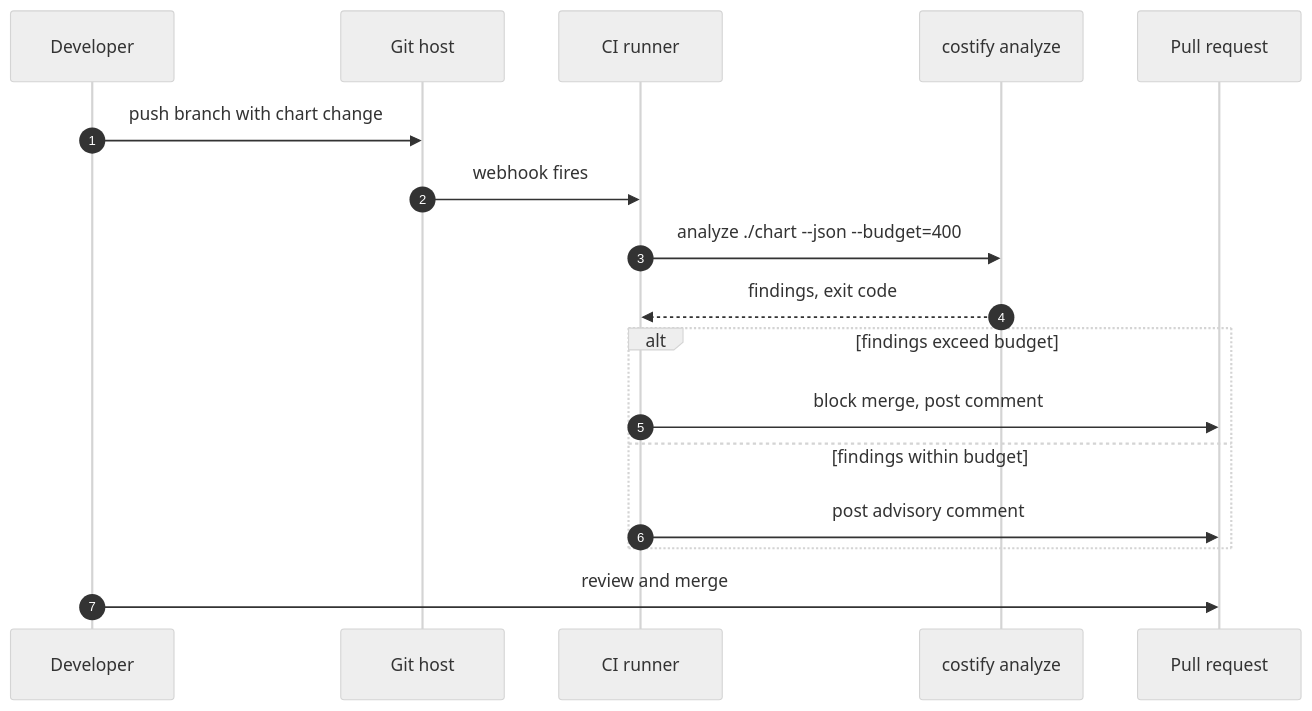
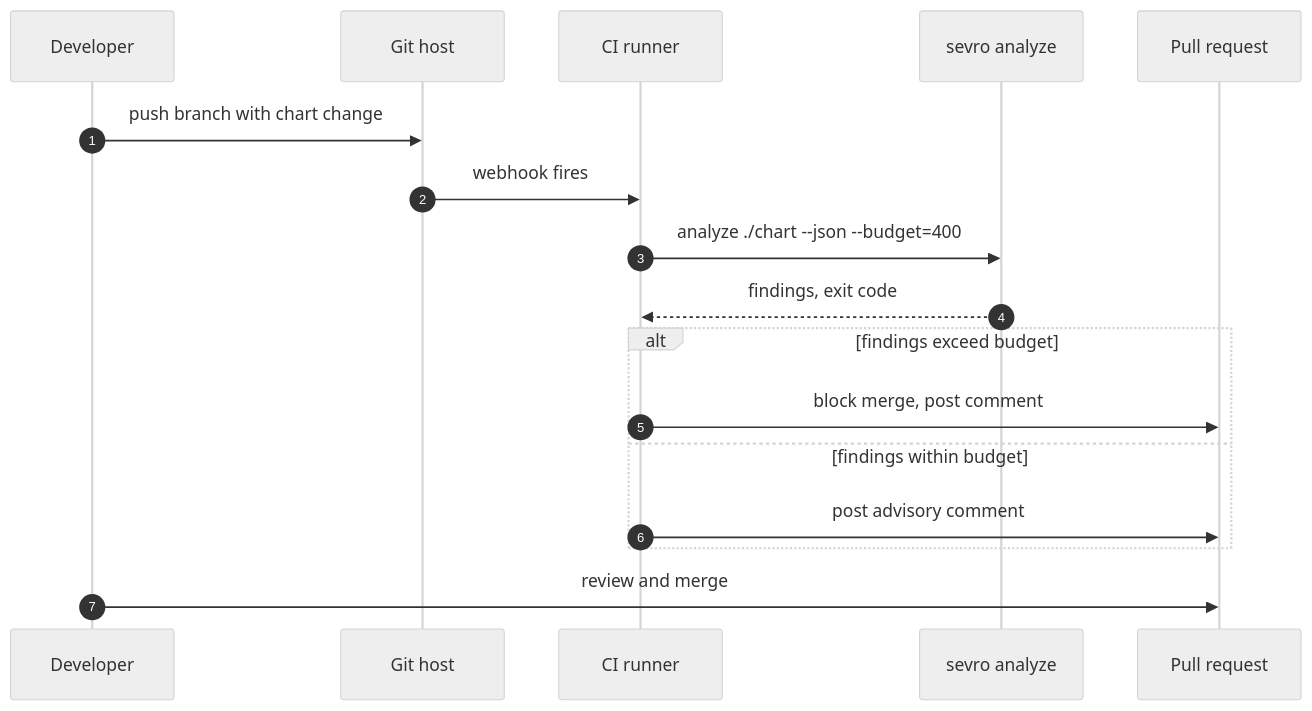
One commit to jonathansiles/optiqor-cli changed the second of 4 diagrams in README.md. Above: the diagram before and after it, drawn with Mermaid (neutral theme). The commit also changed other lines of this file and 15 other files, not shown here.

Commit message:
refactor: rename costify to sevro across cli (binary, package, docs)

````diff
--- a/README.md
+++ b/README.md
@@ -214,20 +214,20 @@
 ```mermaid
 sequenceDiagram
     autonumber
     participant Dev as Developer
     participant Git as Git host
     participant CI as CI runner
-    participant CLI as costify analyze
+    participant CLI as sevro analyze
     participant PR as Pull request
 
     Dev->>Git: push branch with chart change
     Git->>CI: webhook fires
     CI->>CLI: analyze ./chart --json --budget=400
     CLI-->>CI: findings, exit code
     alt findings exceed budget
         CI->>PR: block merge, post comment
     else findings within budget
         CI->>PR: post advisory comment
     end
     Dev->>PR: review and merge
 ```
````
